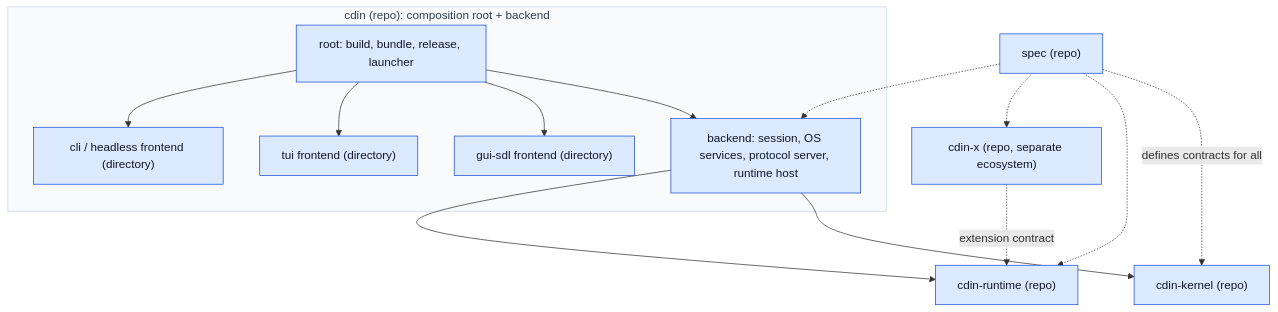
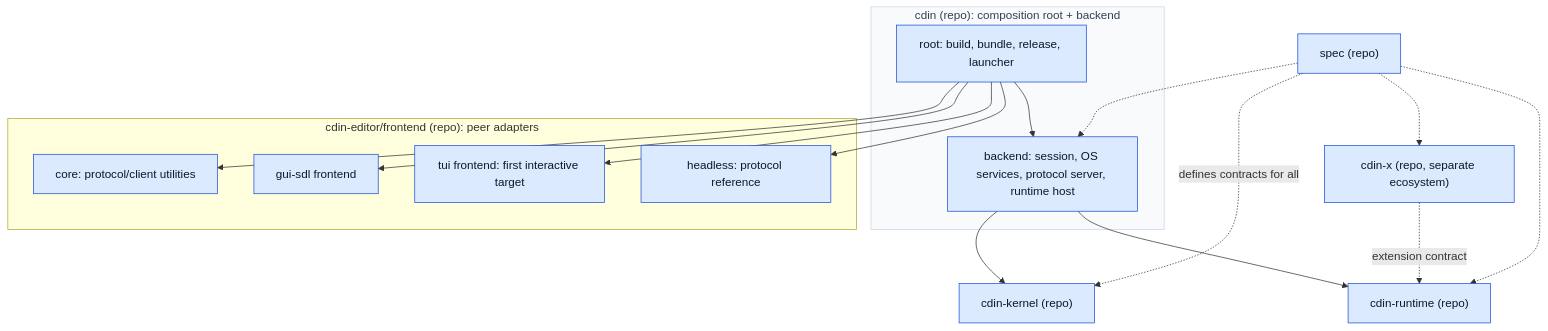
One commit to cdin-editor/spec changed the second of 2 diagrams in docs/architecture/repositories.md. Above: the diagram before and after it, drawn with Mermaid. The commit also changed other lines of this file and 45 other files, not shown here.

First line of the commit message:
docs(spec): synchronize Kernel contract and finalize Frontend architecture

````diff
--- a/docs/architecture/repositories.md
+++ b/docs/architecture/repositories.md
@@ -27,30 +27,34 @@
 ```mermaid
 flowchart TB
     spec["spec (repo)"]
     subgraph cdinrepo["cdin (repo): composition root + backend"]
         root["root: build, bundle, release, launcher"]
         be["backend: session, OS services, protocol server, runtime host"]
-        fegui["gui-sdl frontend (directory)"]
-        fetui["tui frontend (directory)"]
-        fecli["cli / headless frontend (directory)"]
+    end
+    subgraph ferepo["cdin-editor/frontend (repo): peer adapters"]
+        fecore["core: protocol/client utilities"]
+        fegui["gui-sdl frontend"]
+        fetui["tui frontend: first interactive target"]
+        feheadless["headless: protocol reference"]
     end
     kernel["cdin-kernel (repo)"]
     runtime["cdin-runtime (repo)"]
     x["cdin-x (repo, separate ecosystem)"]
 
     root --> be
+    root --> fecore
     root --> fegui
     root --> fetui
-    root --> fecli
+    root --> feheadless
     be --> kernel
     be --> runtime
     x -. "extension contract" .-> runtime
     spec -. "defines contracts for all" .-> kernel
     spec -.-> runtime
     spec -.-> be
     spec -.-> x
     classDef comp fill:#dbeafe,stroke:#1d4ed8,color:#0f172a
     classDef group fill:#f8fafc,stroke:#cbd5e1,color:#334155
-    class be,fecli,fegui,fetui,kernel,root,runtime,spec,x comp
+    class be,fecore,feheadless,fegui,fetui,kernel,root,runtime,spec,x comp
     class cdinrepo group
 ```
````
